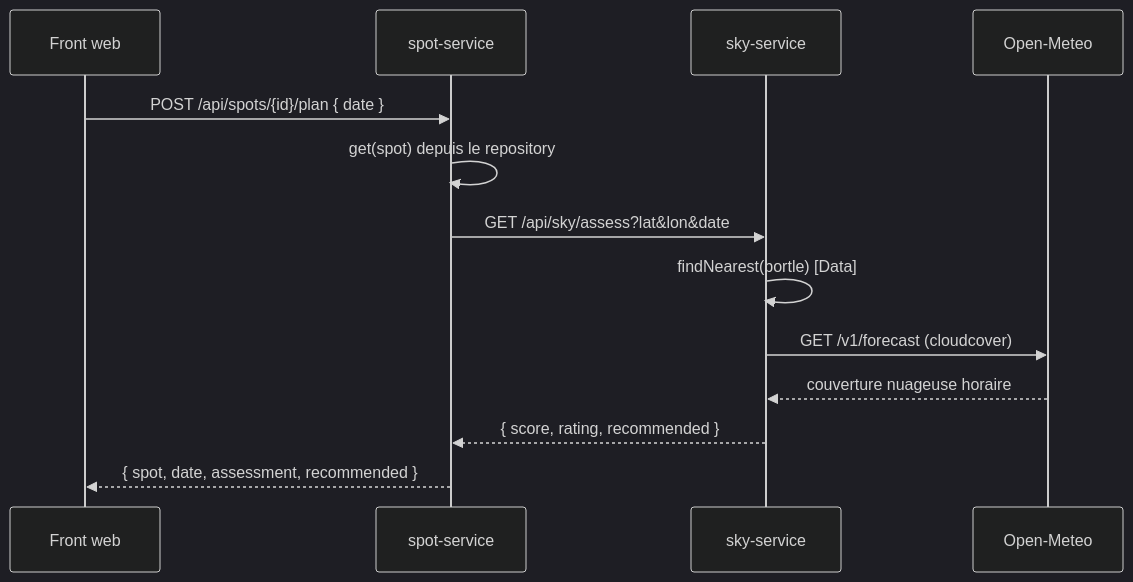
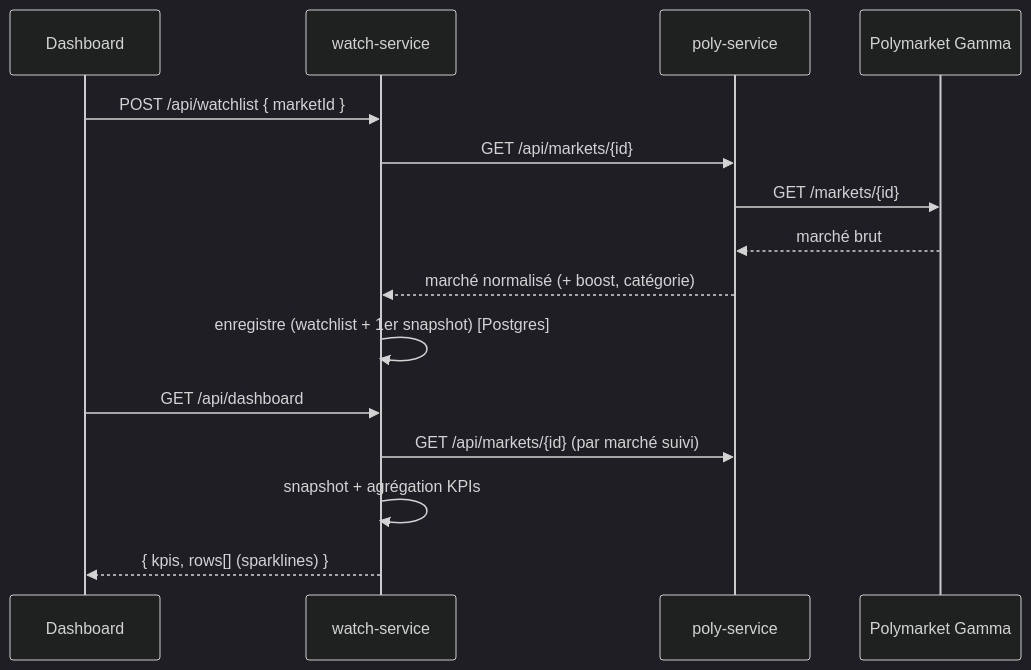
One commit to 2soum/PolyPulse changed the third of 3 diagrams in docs/ARCHITECTURE.md. Above: the diagram before and after it, drawn with Mermaid (dark theme). The commit also changed other lines of this file and 7 other files, not shown here.

First line of the commit message:
docs: rapport PDF PolyPulse (thème noir & vert) + README/ARCHITECTURE à jour + captures

````diff
--- a/docs/ARCHITECTURE.md
+++ b/docs/ARCHITECTURE.md
@@ -59,16 +53,18 @@
 ```mermaid
 sequenceDiagram
-    participant U as Front web
-    participant SP as spot-service
-    participant SK as sky-service
-    participant WX as Open-Meteo
+    participant U as Dashboard
+    participant W as watch-service
+    participant P as poly-service
+    participant G as Polymarket Gamma
 
-    U->>SP: POST /api/spots/{id}/plan { date }
-    SP->>SP: get(spot) depuis le repository
-    SP->>SK: GET /api/sky/assess?lat&lon&date
-    SK->>SK: findNearest(bortle) [Data]
-    SK->>WX: GET /v1/forecast (cloudcover)
-    WX-->>SK: couverture nuageuse horaire
-    SK-->>SP: { score, rating, recommended }
-    SP-->>U: { spot, date, assessment, recommended }
+    U->>W: POST /api/watchlist { marketId }
+    W->>P: GET /api/markets/{id}
+    P->>G: GET /markets/{id}
+    G-->>P: marché brut
+    P-->>W: marché normalisé (+ boost, catégorie)
+    W->>W: enregistre (watchlist + 1er snapshot) [Postgres]
+    U->>W: GET /api/dashboard
+    W->>P: GET /api/markets/{id} (par marché suivi)
+    W->>W: snapshot + agrégation KPIs
+    W-->>U: { kpis, rows[] (sparklines) }
 ```
````
